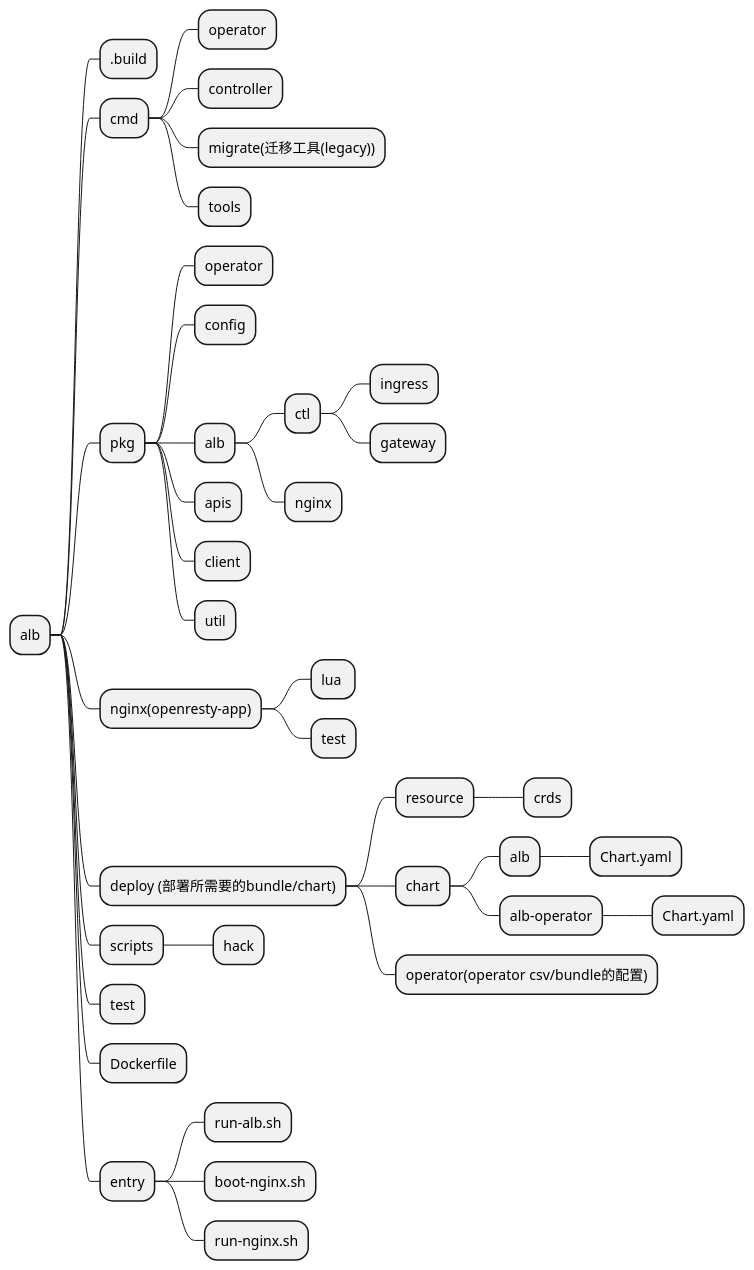
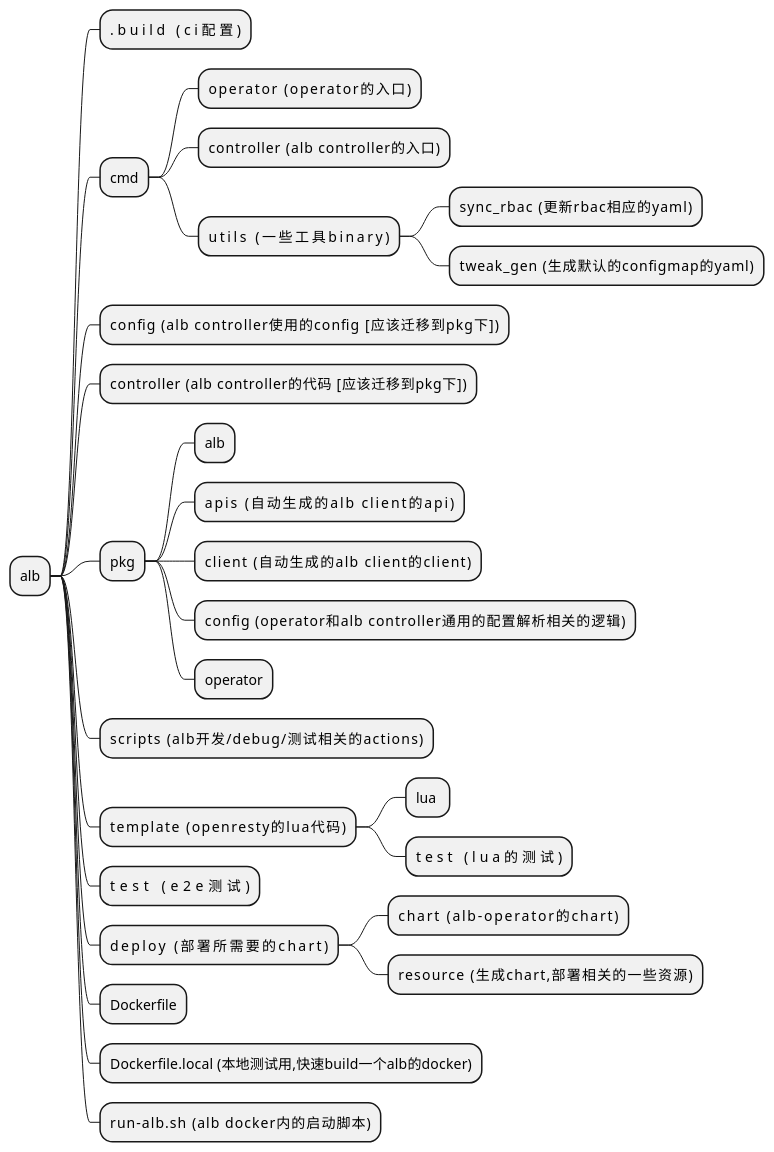
Before and after one commit to alauda/alb: the first of 2 diagrams in README.md, drawn with PlantUML. The commit also changed other lines of this file and 248 other files, not shown here.

````diff
--- a/README.md
+++ b/README.md
@@ -4,42 +4,31 @@
 ```plantuml
 @startmindmap
 * alb
-** .build
+** .build             (ci配置)
 ** cmd
+*** operator          (operator的入口)
+*** controller        (alb controller的入口)
+*** utils             (一些工具binary)
+**** sync_rbac        (更新rbac相应的yaml)
+**** tweak_gen        (生成默认的configmap的yaml)
+** config             (alb controller使用的config [应该迁移到pkg下])
+** controller         (alb controller的代码 [应该迁移到pkg下])
+** pkg
+*** alb
+*** apis              (自动生成的alb client的api)
+*** client            (自动生成的alb client的client)
+*** config            (operator和alb controller通用的配置解析相关的逻辑)
 *** operator
-*** controller
-*** migrate(迁移工具(legacy))
-*** tools
-** pkg
-*** operator
-*** config
-*** alb
-**** ctl
-***** ingress
-***** gateway
-**** nginx
-*** apis
-*** client
-*** util
-** nginx(openresty-app)
+** scripts            (alb开发/debug/测试相关的actions)
+** template           (openresty的lua代码)
 *** lua 
-*** test
-** deploy (部署所需要的bundle/chart)
-*** resource
-**** crds
-*** chart
-**** alb
-***** Chart.yaml
-**** alb-operator
-***** Chart.yaml
-*** operator(operator csv/bundle的配置)
-** scripts
-*** hack
-** test
+*** test              (lua的测试)
+** test               (e2e测试)
+** deploy             (部署所需要的chart)
+*** chart             (alb-operator的chart)
+*** resource          (生成chart,部署相关的一些资源)
 ** Dockerfile
-** entry
-*** run-alb.sh
-*** boot-nginx.sh
-*** run-nginx.sh
+** Dockerfile.local   (本地测试用,快速build一个alb的docker)
+** run-alb.sh         (alb docker内的启动脚本)
 @endmindmap
 ```
````
